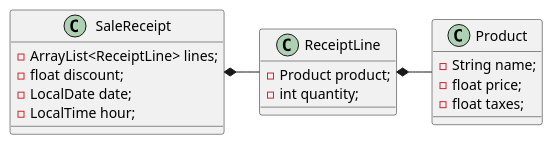
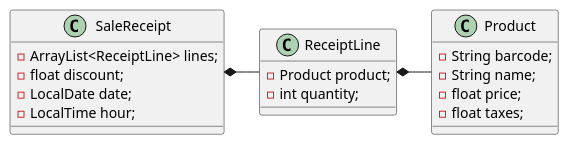
Before and after one commit to macervero-abello/data_access_theory: the diagram in book/bf1/img/ch01/expert_uml_example.puml, drawn with PlantUML. The commit also changed 3 other files, not shown here.

```diff
--- a/book/bf1/img/ch01/expert_uml_example.puml
+++ b/book/bf1/img/ch01/expert_uml_example.puml
@@ -1,24 +1,25 @@
 @startuml
 
 class SaleReceipt {
     - ArrayList<ReceiptLine> lines;
     - float discount;
     - LocalDate date;
     - LocalTime hour;
 }
 
 class ReceiptLine {
     - Product product;
     - int quantity;
 }
 
 class Product {
+    - String barcode;
     - String name;
     - float price;
     - float taxes;
 }
 
 Product -l-* ReceiptLine
 ReceiptLine -l-*SaleReceipt
 
 @enduml
```
